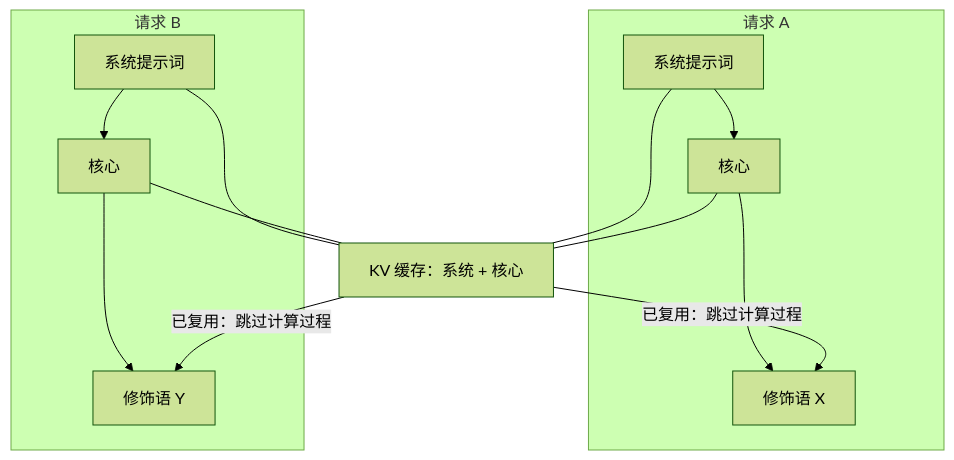
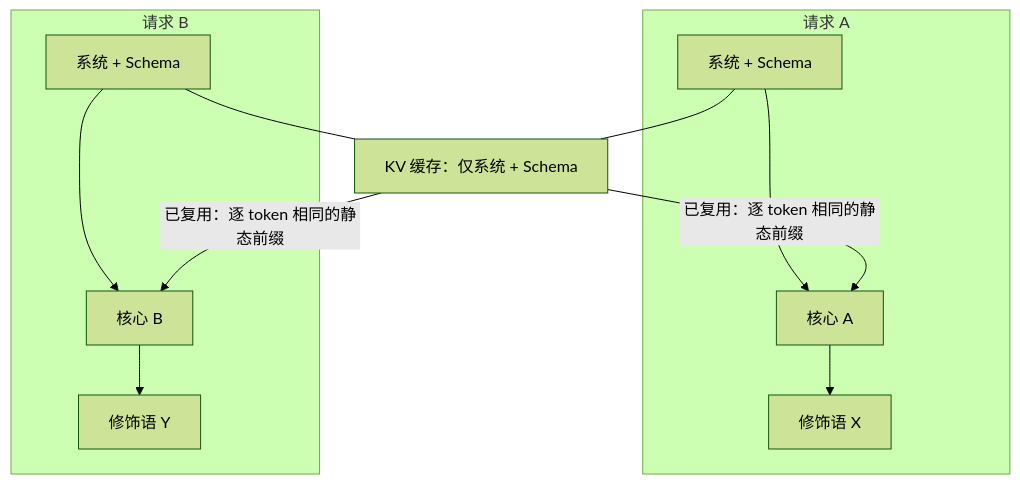
The third of 3 diagrams in docs/zh/foundations/llm.md (corefirst/cflt), drawn with Mermaid (forest theme) before and after one commit. The commit also changed other lines of this file and 47 other files, not shown here.

````diff
--- a/docs/zh/foundations/llm.md
+++ b/docs/zh/foundations/llm.md
@@ -128,19 +131,17 @@
 ```mermaid
 graph TD
     subgraph "请求 A"
-    S1[系统提示词] --> C1[核心] --> M1[修饰语 X]
+    S1[系统 + Schema] --> C1[核心 A] --> M1[修饰语 X]
     end
     
     subgraph "请求 B"
-    S2[系统提示词] --> C2[核心] --> M2[修饰语 Y]
+    S2[系统 + Schema] --> C2[核心 B] --> M2[修饰语 Y]
     end
     
-    Cache[KV 缓存：系统 + 核心]
+    Cache[KV 缓存：仅系统 + Schema]
     S1 --- Cache
-    C1 --- Cache
     S2 --- Cache
-    C2 --- Cache
     
-    Cache -- "已复用：跳过计算过程" --> M1
-    Cache -- "已复用：跳过计算过程" --> M2
+    Cache -- "已复用：逐 token 相同的静态前缀" --> C1
+    Cache -- "已复用：逐 token 相同的静态前缀" --> C2
 ```
````
